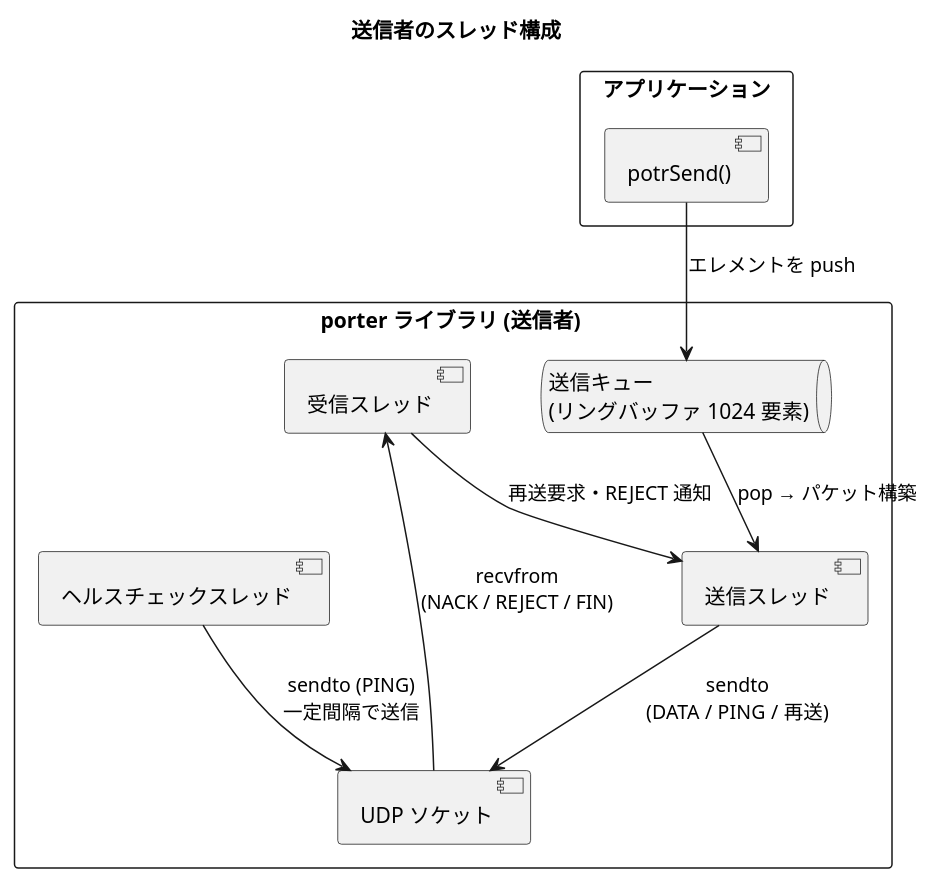
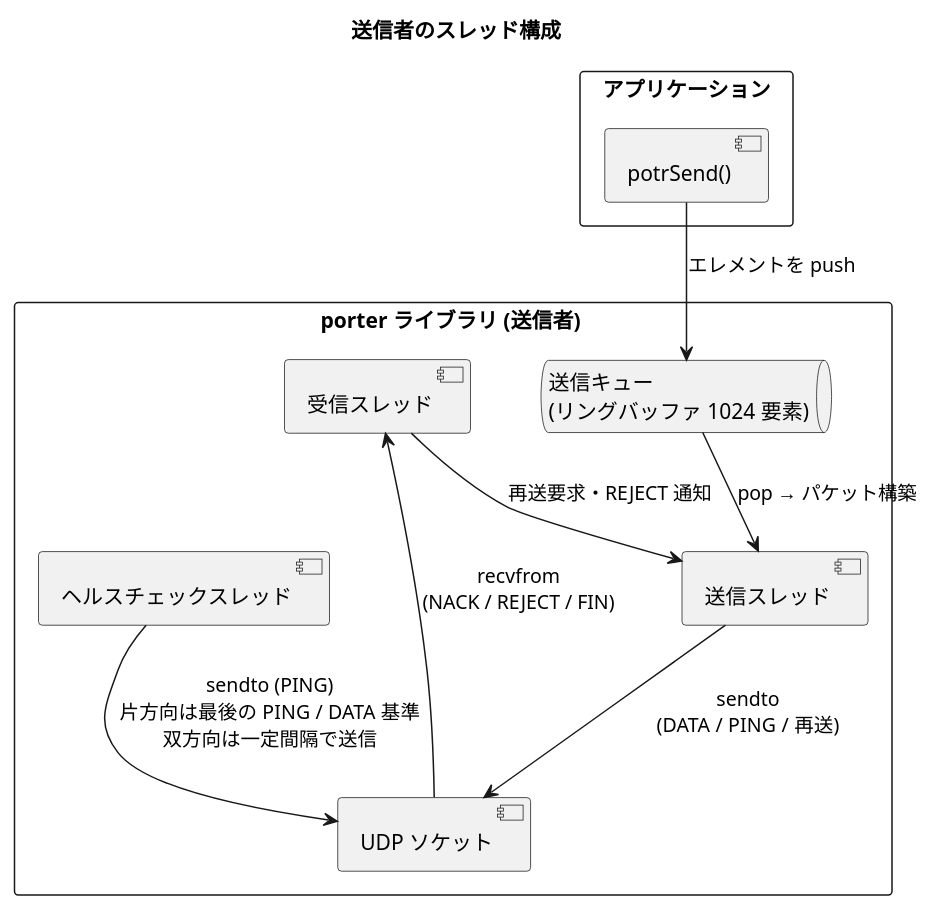
Before and after one commit to Hondarer/c-modernization-kit: the first of 6 diagrams in app/porter/docs/architecture.md, drawn with PlantUML. The commit also changed other lines of this file and 11 other files, not shown here.

Commit message:
porter: suppress one-way sender ping after valid data send

````diff
--- a/app/porter/docs/architecture.md
+++ b/app/porter/docs/architecture.md
@@ -49,24 +49,24 @@
 ```plantuml
 @startuml
 title 送信者のスレッド構成
 
 rectangle "アプリケーション" {
   [potrSend()]
 }
 
 rectangle "porter ライブラリ (送信者) " {
   queue "送信キュー\n(リングバッファ 1024 要素)" as Q
   [送信スレッド] as ST
   [受信スレッド] as RT
   [ヘルスチェックスレッド] as HT
   [UDP ソケット] as SOCK
 }
 
 [potrSend()] --> Q : エレメントを push
 Q --> ST : pop → パケット構築
 ST --> SOCK : sendto\n(DATA / PING / 再送)
 RT <-- SOCK : recvfrom\n(NACK / REJECT / FIN)
 RT --> ST : 再送要求・REJECT 通知
-HT --> SOCK : sendto (PING)\n一定間隔で送信
+HT --> SOCK : sendto (PING)\n片方向は最後の PING / DATA 基準\n双方向は一定間隔で送信
 @enduml
 ```
````
